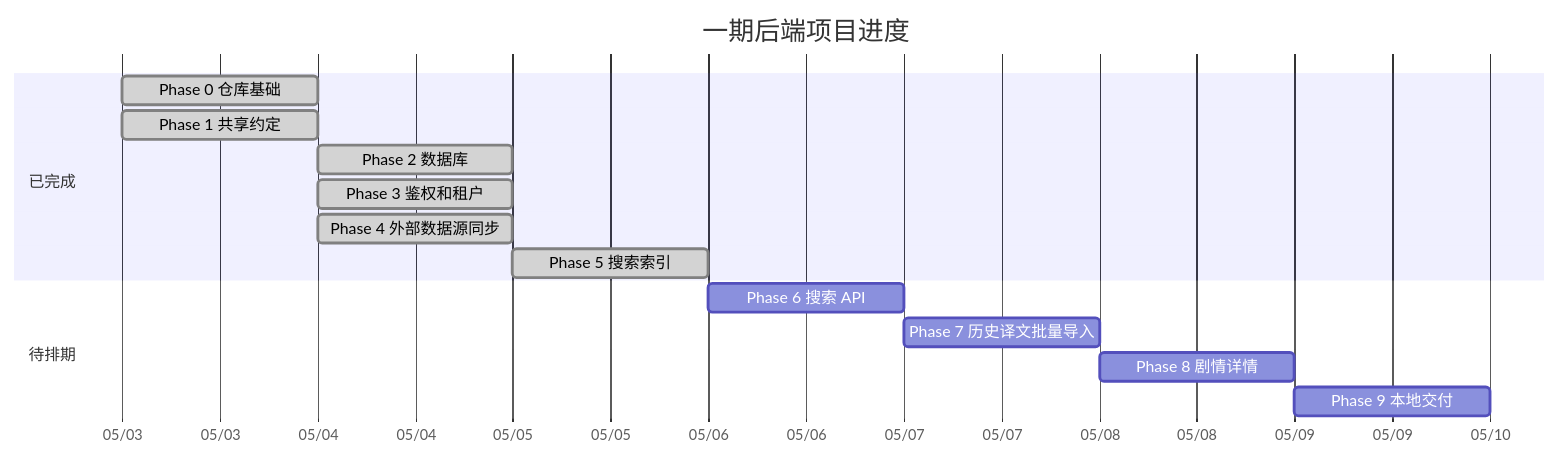
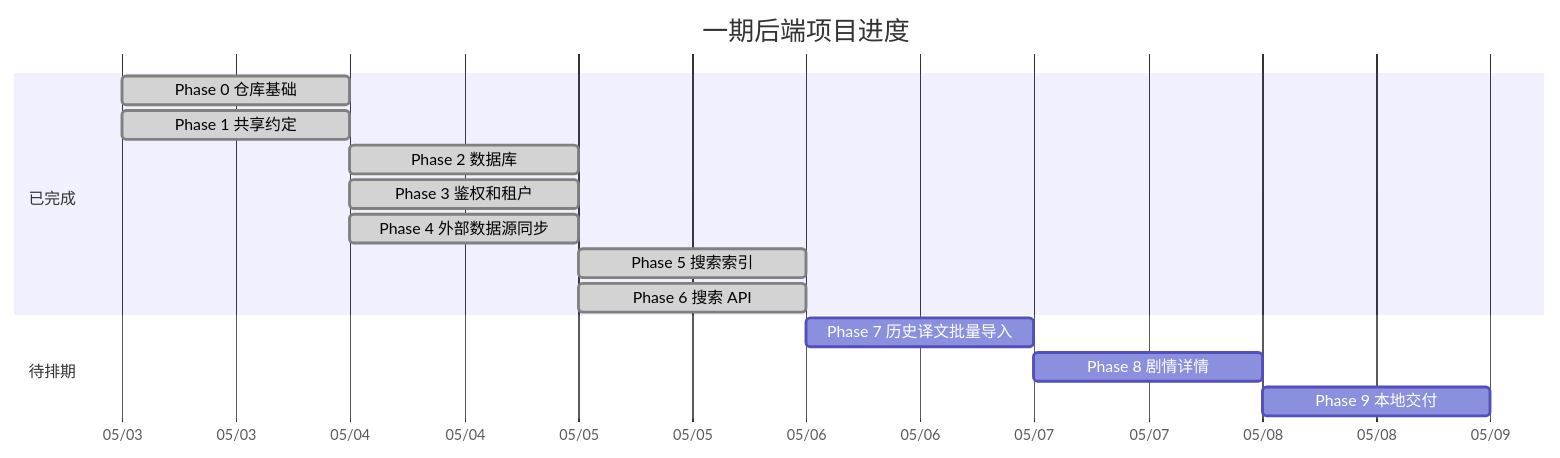
One commit to Cinea4678/SekaiPlatform changed the diagram in README.md. Above: the diagram before and after it, drawn with Mermaid. The commit also changed other lines of this file, not shown here.

First line of the commit message:
docs: update README for search API

````diff
--- a/README.md
+++ b/README.md
@@ -9,20 +9,20 @@
 ```mermaid
 gantt
     title 一期后端项目进度
     dateFormat  YYYY-MM-DD
     axisFormat  %m/%d
 
     section 已完成
     Phase 0 仓库基础           :done, p0, 2026-05-03, 1d
     Phase 1 共享约定           :done, p1, 2026-05-03, 1d
     Phase 2 数据库             :done, p2, 2026-05-04, 1d
     Phase 3 鉴权和租户         :done, p3, 2026-05-04, 1d
     Phase 4 外部数据源同步     :done, p4, 2026-05-04, 1d
     Phase 5 搜索索引           :done, p5, 2026-05-05, 1d
+    Phase 6 搜索 API           :done, p6, 2026-05-05, 1d
 
     section 待排期
-    Phase 6 搜索 API           :p6, after p5, 1d
     Phase 7 历史译文批量导入   :p7, after p6, 1d
     Phase 8 剧情详情           :p8, after p7, 1d
     Phase 9 本地交付           :p9, after p8, 1d
 ```
````
